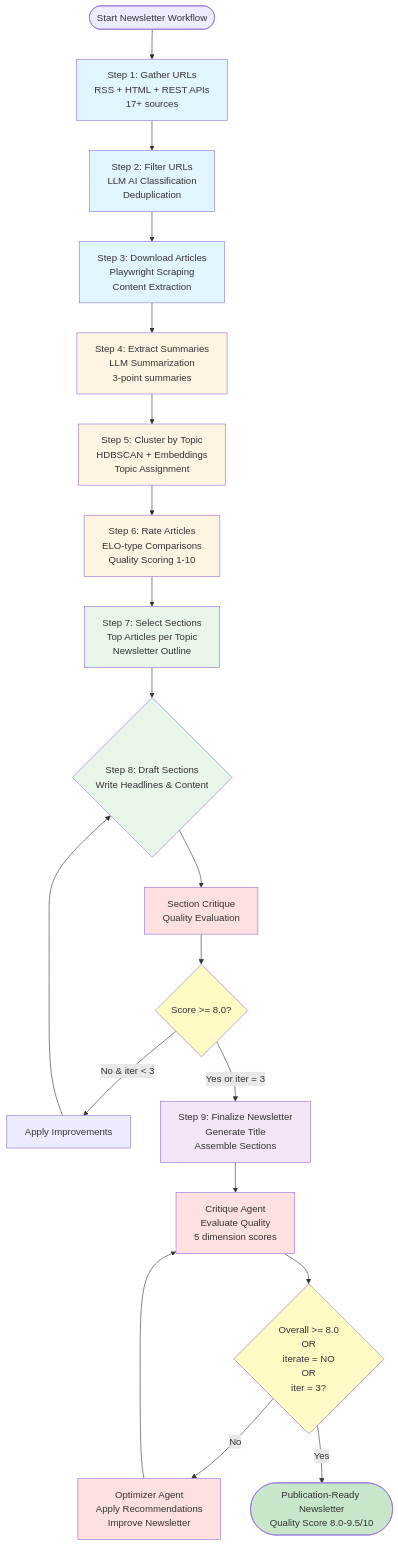
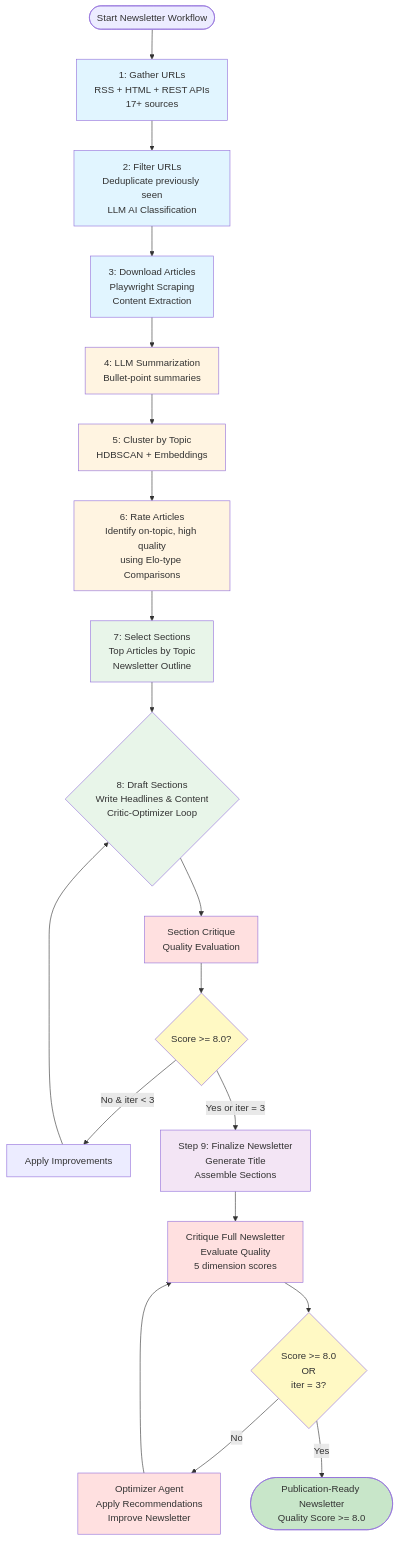
One commit to druce/OpenAIAgentsSDK changed the diagram in README.md. Above: the diagram before and after it, drawn with Mermaid. The commit also changed other lines of this file and 1 other file, not shown here.

````diff
--- a/README.md
+++ b/README.md
@@ -9,49 +9,49 @@
 ```mermaid
   flowchart TD
-      Start([Start Newsletter Workflow]) --> Step1[Step 1: Gather URLs<br/>RSS + HTML + REST APIs<br/>17+ sources]
+      Start([Start Newsletter Workflow]) --> Step1[1: Gather URLs<br/>RSS + HTML + REST APIs<br/>17+ sources]
 
-      Step1 --> Step2[Step 2: Filter URLs<br/>LLM AI Classification<br/>Deduplication]
+      Step1 --> Step2[2: Filter URLs<br/>Deduplicate previously seen<br/>LLM AI Classification<br/>]
 
-      Step2 --> Step3[Step 3: Download Articles<br/>Playwright Scraping<br/>Content Extraction]
+      Step2 --> Step3[3: Download Articles<br/>Playwright Scraping<br/>Content Extraction]
 
-      Step3 --> Step4[Step 4: Extract Summaries<br/>LLM Summarization<br/>3-point summaries]
+      Step3 --> Step4[4: LLM Summarization<br/>Bullet-point summaries]
 
-      Step4 --> Step5[Step 5: Cluster by Topic<br/>HDBSCAN + Embeddings<br/>Topic Assignment]
+      Step4 --> Step5[5: Cluster by Topic<br/>HDBSCAN + Embeddings]
 
-      Step5 --> Step6[Step 6: Rate Articles<br/>ELO-type Comparisons<br/>Quality Scoring 1-10]
+      Step5 --> Step6[6: Rate Articles<br/>Identify on-topic, high quality<br/>using Elo-type Comparisons]
 
-      Step6 --> Step7[Step 7: Select Sections<br/>Top Articles per Topic<br/>Newsletter Outline]
+      Step6 --> Step7[7: Select Sections<br/>Top Articles by Topic<br/>Newsletter Outline]
 
-      Step7 --> Step8{Step 8: Draft Sections<br/>Write Headlines & Content}
+      Step7 --> Step8{8: Draft Sections<br/>Write Headlines & Content<br/>Critic-Optimizer Loop}
 
       Step8 --> Critique8[Section Critique<br/>Quality Evaluation]
       Critique8 --> Check8{Score >= 8.0?}
       Check8 -->|No & iter < 3| Improve8[Apply Improvements]
       Improve8 --> Step8
       Check8 -->|Yes or iter = 3| Step9[Step 9: Finalize Newsletter<br/>Generate Title<br/>Assemble Sections]
 
-      Step9 --> Critique9[Critique Agent<br/>Evaluate Quality<br/>5 dimension scores]
+      Step9 --> Critique9[Critique Full Newsletter<br/>Evaluate Quality<br/>5 dimension scores]
 
-      Critique9 --> Check9{Overall >= 8.0<br/>OR<br/>iterate = NO<br/>OR<br/>iter = 3?}
+      Critique9 --> Check9{Score >= 8.0<br/>OR<br/>iter = 3?}
 
       Check9 -->|No| Optimizer[Optimizer Agent<br/>Apply Recommendations<br/>Improve Newsletter]
       Optimizer --> Critique9
 
-      Check9 -->|Yes| Final([Publication-Ready Newsletter<br/>Quality Score 8.0-9.5/10])
+      Check9 -->|Yes| Final([Publication-Ready Newsletter<br/>Quality Score >= 8.0])
 
       style Step1 fill:#e1f5ff
       style Step2 fill:#e1f5ff
       style Step3 fill:#e1f5ff
       style Step4 fill:#fff4e1
       style Step5 fill:#fff4e1
       style Step6 fill:#fff4e1
       style Step7 fill:#e8f5e9
       style Step8 fill:#e8f5e9
       style Step9 fill:#f3e5f5
       style Critique8 fill:#ffe0e0
       style Critique9 fill:#ffe0e0
       style Optimizer fill:#ffe0e0
       style Check8 fill:#fff9c4
       style Check9 fill:#fff9c4
       style Final fill:#c8e6c9
   ```
````
